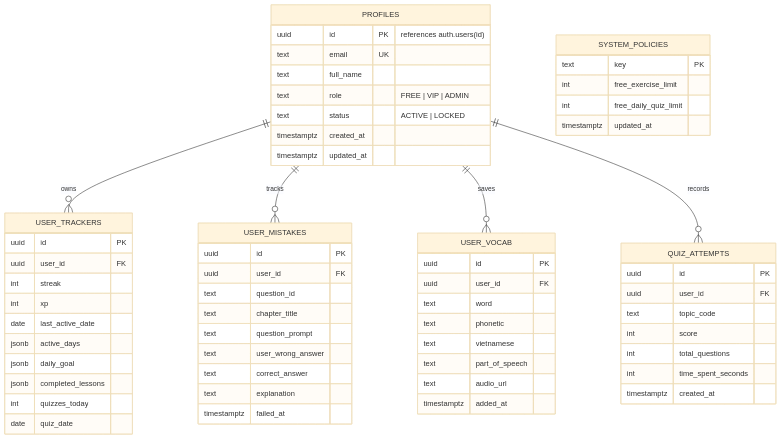
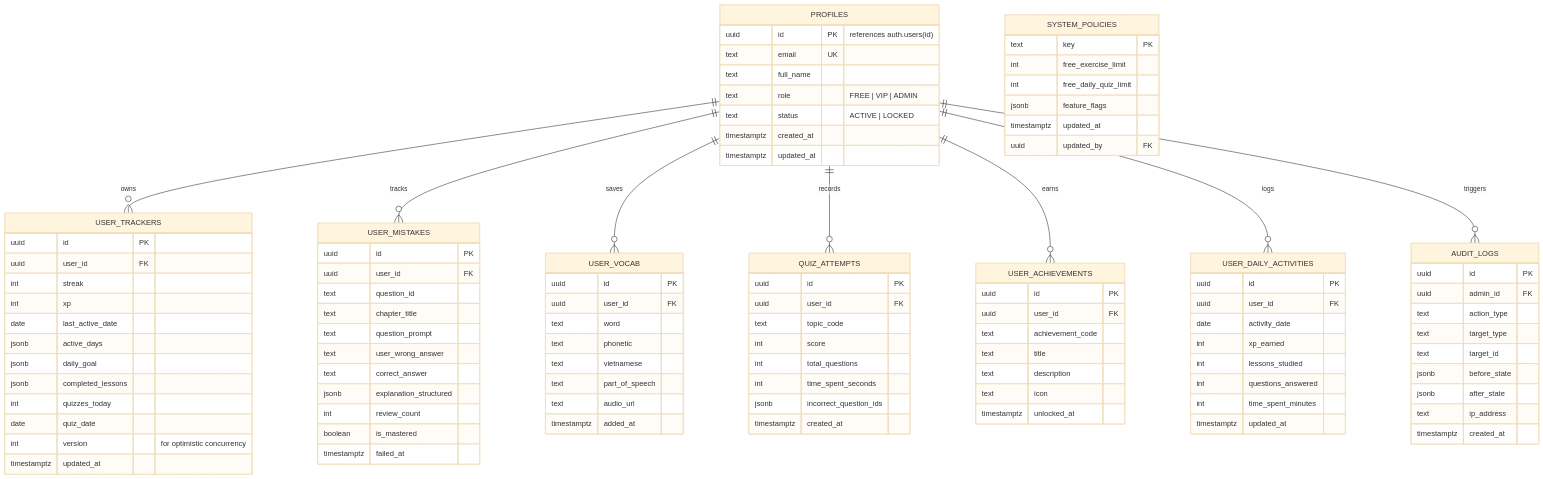
One commit to trandat95/grammar-platform changed the diagram in ROADMAP_AND_ARCHITECTURE.md. Above: the diagram before and after it, drawn with Mermaid (base theme). The commit also changed other lines of this file, not shown here.

Commit message:
docs(roadmap): formalize enterprise v2.0 architecture, offline sync engine, and quality gates

````diff
--- a/ROADMAP_AND_ARCHITECTURE.md
+++ b/ROADMAP_AND_ARCHITECTURE.md
@@ -102,6 +123,10 @@
     PROFILES ||--o{ USER_MISTAKES : tracks
     PROFILES ||--o{ USER_VOCAB : saves
     PROFILES ||--o{ QUIZ_ATTEMPTS : records
+    PROFILES ||--o{ USER_ACHIEVEMENTS : earns
+    PROFILES ||--o{ USER_DAILY_ACTIVITIES : logs
+    PROFILES ||--o{ AUDIT_LOGS : triggers
+
     PROFILES {
         uuid id PK "references auth.users(id)"
         text email UK
@@ -122,6 +147,8 @@
         jsonb completed_lessons
         int quizzes_today
         date quiz_date
+        int version "for optimistic concurrency"
+        timestamptz updated_at
     }
     USER_MISTAKES {
         uuid id PK
@@ -131,7 +158,9 @@
         text question_prompt
         text user_wrong_answer
         text correct_answer
-        text explanation
+        jsonb explanation_structured
+        int review_count
+        boolean is_mastered
         timestamptz failed_at
     }
     USER_VOCAB {
@@ -148,7 +177,9 @@
         text key PK
         int free_exercise_limit
         int free_daily_quiz_limit
+        jsonb feature_flags
         timestamptz updated_at
+        uuid updated_by FK
     }
     QUIZ_ATTEMPTS {
         uuid id PK
@@ -157,6 +188,37 @@
         int score
         int total_questions
         int time_spent_seconds
+        jsonb incorrect_question_ids
+        timestamptz created_at
+    }
+    USER_ACHIEVEMENTS {
+        uuid id PK
+        uuid user_id FK
+        text achievement_code
+        text title
+        text description
+        text icon
+        timestamptz unlocked_at
+    }
+    USER_DAILY_ACTIVITIES {
+        uuid id PK
+        uuid user_id FK
+        date activity_date
+        int xp_earned
+        int lessons_studied
+        int questions_answered
+        int time_spent_minutes
+        timestamptz updated_at
+    }
+    AUDIT_LOGS {
+        uuid id PK
+        uuid admin_id FK
+        text action_type
+        text target_type
+        text target_id
+        jsonb before_state
+        jsonb after_state
+        text ip_address
         timestamptz created_at
     }
 ```
````
